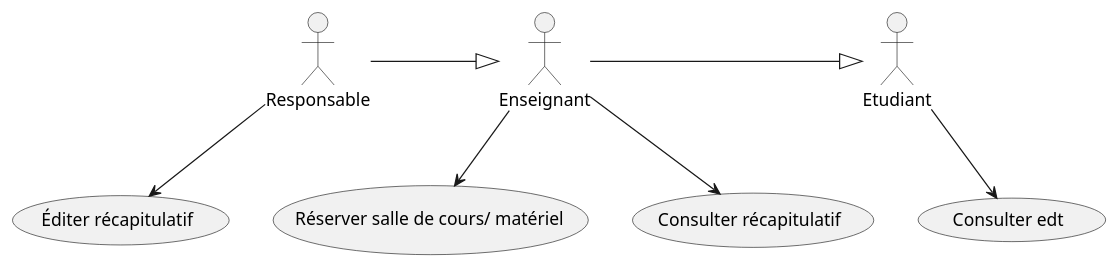
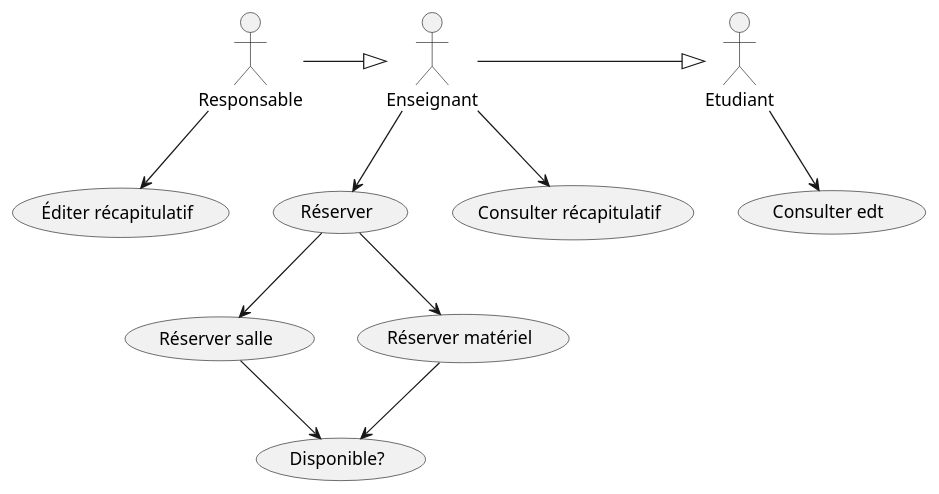
One commit to IUT-Blagnac/bcoo-LordHugo02 changed the diagram in TD4/exo1.plantuml. Above: the diagram before and after it, drawn with PlantUML.

Commit message:
Minor fix

```diff
--- a/TD4/exo1.plantuml
+++ b/TD4/exo1.plantuml
@@ -1,45 +1,56 @@
 @startuml Titre
 '--------------------------------
 ' Parametres pour le dessin
 '--------------------------------
 '--http://iut-blagnac.github.io/POO/TD3.html--
 hide circle
 hide empty members
 hide empty methods
 '--------------------------------
 
 '4.2.1
 
 '2.1.1. Énoncé
 'Dans un établissement scolaire, on désire gérer la réservation 
 'des salles de cours et du matériel pédagogique (ordinateur portable 
 'et/ou vidéo-projecteur). Seuls les enseignants sont habilités à
 ' effectuer des réservations (sous réserve de disponibilité de la 
 ' salle ou du matériel). Le planning des salles peut quant à lui 
 ' être consulté par tout le monde (enseignants et étudiants). Par
 '  contre, le récapitulatif horaire par enseignant (calculé à partir
 '   du planning des salles) ne peut être consulté que par les enseignants.
 '   nfin, il existe pour chaque formation un enseignant responsable qui
 '    seul peut éditer le récapitulatif horaire pour l’ensemble de la
 '     formation.'
 
 '2.1.2. Question
 'Modéliser cette situation par un diagramme de cas d’utilisation.
 
-usecase (Réserver salle de cours/ matériel) as Reserver
+usecase (Réserver) as Reserver
+
+usecase (Réserver salle) as SReserver
+usecase (Réserver matériel) as MReserver
+
 usecase (Consulter edt) as Consulter
 usecase (Consulter récapitulatif) as CRecap
 usecase (Éditer récapitulatif) as ERecap
+usecase (Disponible?) as Dispo
 actor Enseignant
 actor Etudiant
 actor Responsable
 
 Enseignant -|> Etudiant
 Responsable -|> Enseignant
 
+Reserver --> SReserver
+Reserver --> MReserver
+
+SReserver --> Dispo
+MReserver --> Dispo
+
 Enseignant --> Reserver
 Enseignant --> CRecap
 Etudiant --> Consulter
 Responsable --> ERecap
 
 @enduml
```
